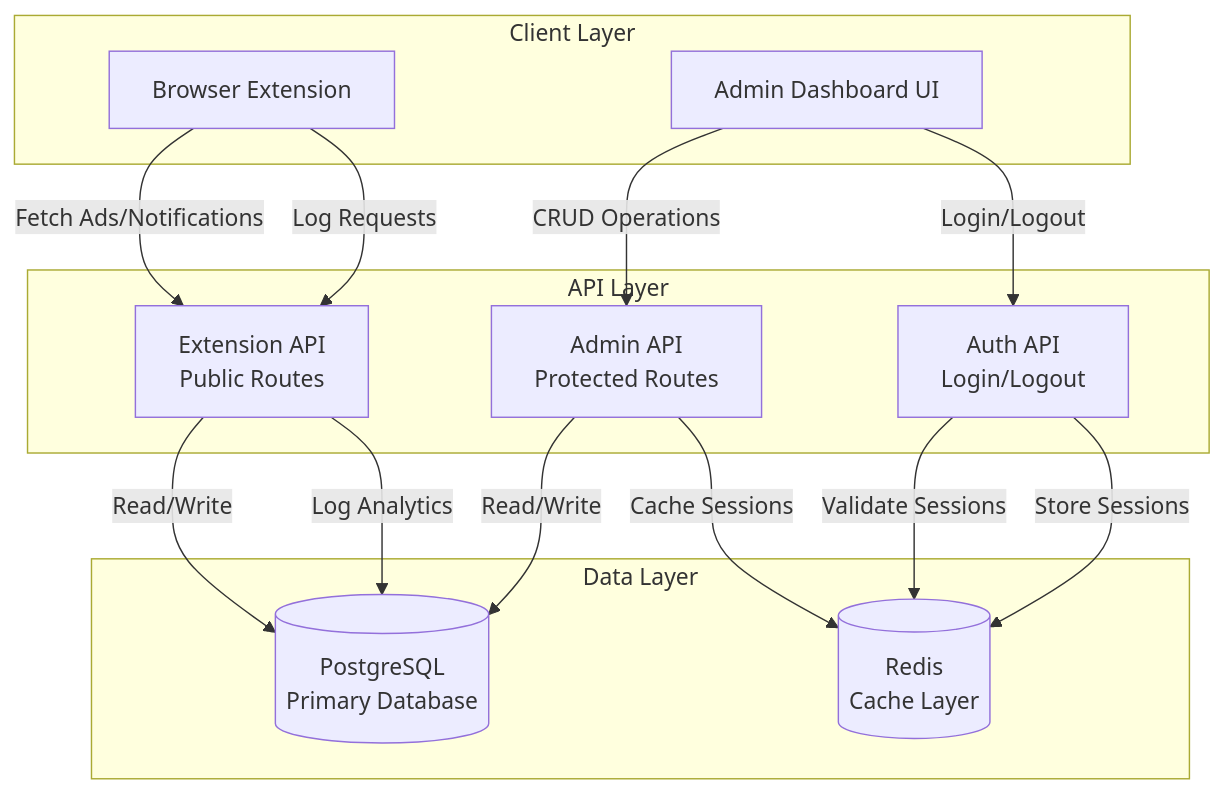
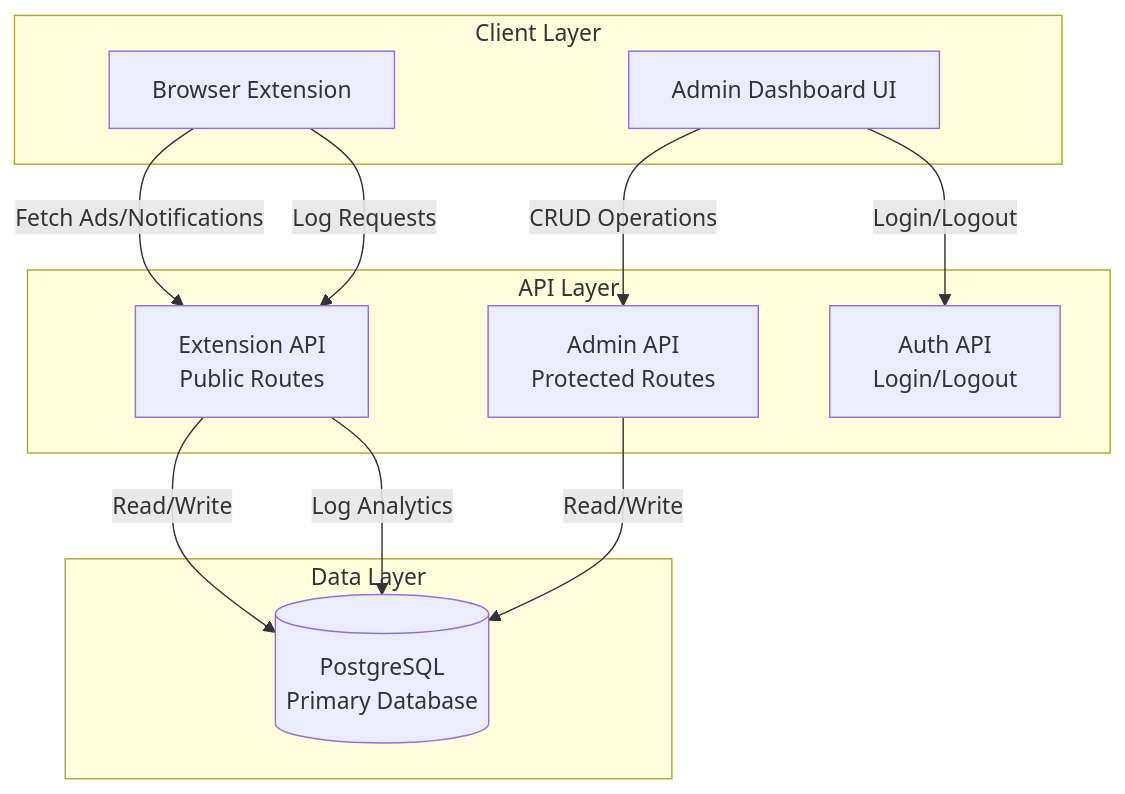
The first of 3 diagrams in docs/ARCHITECTURE.md (rishi23root/ads_platform), drawn with Mermaid before and after one commit. The commit also changed other lines of this file and 20 other files, not shown here.

````diff
--- a/docs/ARCHITECTURE.md
+++ b/docs/ARCHITECTURE.md
@@ -9,30 +9,26 @@
 ```mermaid
 flowchart TB
     subgraph client [Client Layer]
         Browser[Browser Extension]
         AdminUI[Admin Dashboard UI]
     end
     
     subgraph api [API Layer]
         ExtAPI[Extension API<br/>Public Routes]
         AdminAPI[Admin API<br/>Protected Routes]
         AuthAPI[Auth API<br/>Login/Logout]
     end
     
     subgraph data [Data Layer]
         DB[(PostgreSQL<br/>Primary Database)]
-        Cache[(Redis<br/>Cache Layer)]
     end
     
     Browser -->|Fetch Ads/Notifications| ExtAPI
     Browser -->|Log Requests| ExtAPI
     AdminUI -->|CRUD Operations| AdminAPI
     AdminUI -->|Login/Logout| AuthAPI
     
     ExtAPI -->|Read/Write| DB
     ExtAPI -->|Log Analytics| DB
     AdminAPI -->|Read/Write| DB
-    AdminAPI -->|Cache Sessions| Cache
-    AuthAPI -->|Validate Sessions| Cache
-    AuthAPI -->|Store Sessions| Cache
 ```
````
